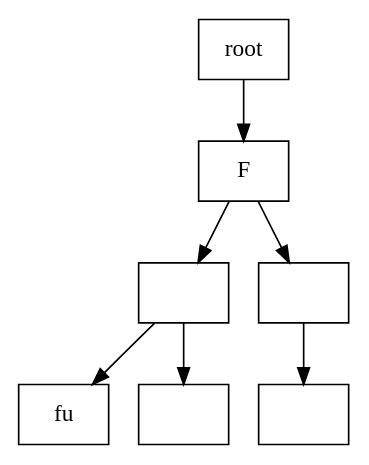
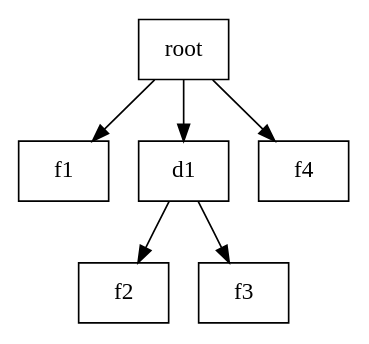
Before and after one commit to Kaixi26/CP_Trabalho: the diagram in _.dot, drawn with Graphviz. The commit also changed 1 other file, not shown here.

```diff
--- a/_.dot
+++ b/_.dot
@@ -1,17 +1,15 @@
 digraph G {
     /* edge [label=0]; */
     graph [ranksep=0.5];
     root_0 [shape=record, label="{{root}}"];
-    F_1 [shape=record, label="{{F}}"];
-    _4 [shape=record, label="{{}}"];
-    fu_6 [shape=record, label="{{fu}}"];
-    _5 [shape=record, label="{{}}"];
-    _2 [shape=record, label="{{}}"];
-    _3 [shape=record, label="{{}}"];
-    _4 -> fu_6;
-    _4 -> _5;
-    _2 -> _3;
-    F_1 -> _4;
-    F_1 -> _2;
-    root_0 -> F_1;
+    f1_5 [shape=record, label="{{f1}}"];
+    d1_2 [shape=record, label="{{d1}}"];
+    f2_4 [shape=record, label="{{f2}}"];
+    f3_3 [shape=record, label="{{f3}}"];
+    f4_1 [shape=record, label="{{f4}}"];
+    d1_2 -> f2_4;
+    d1_2 -> f3_3;
+    root_0 -> f1_5;
+    root_0 -> d1_2;
+    root_0 -> f4_1;
 }
```
